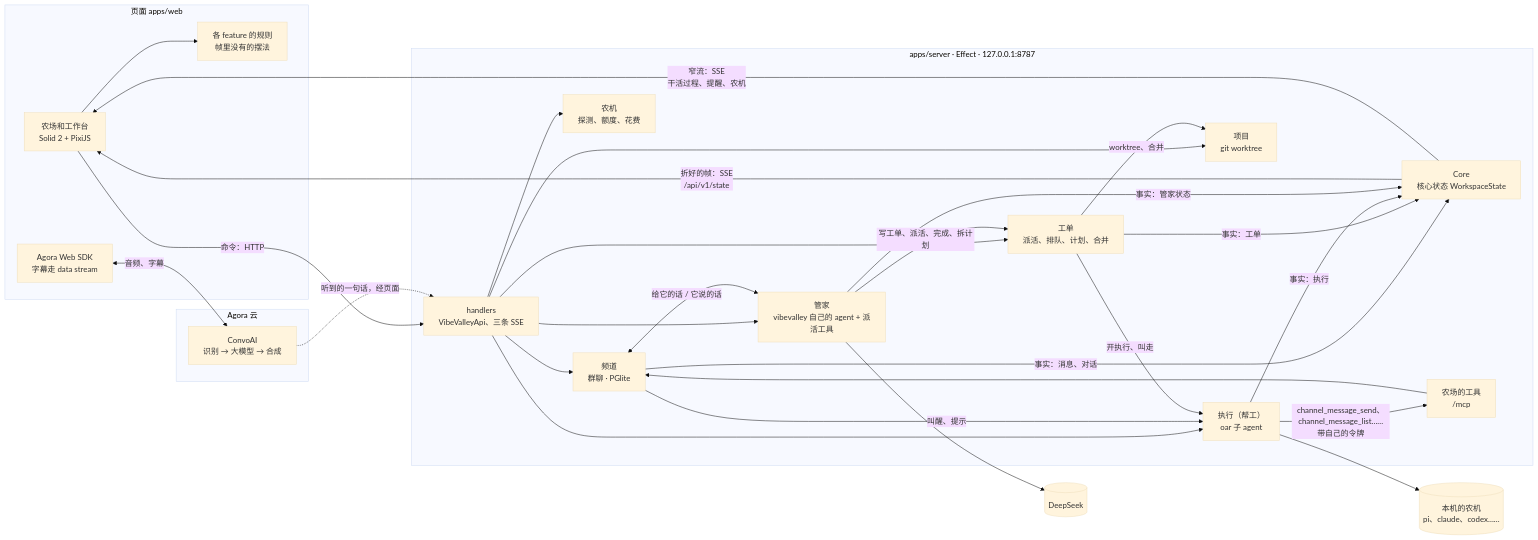
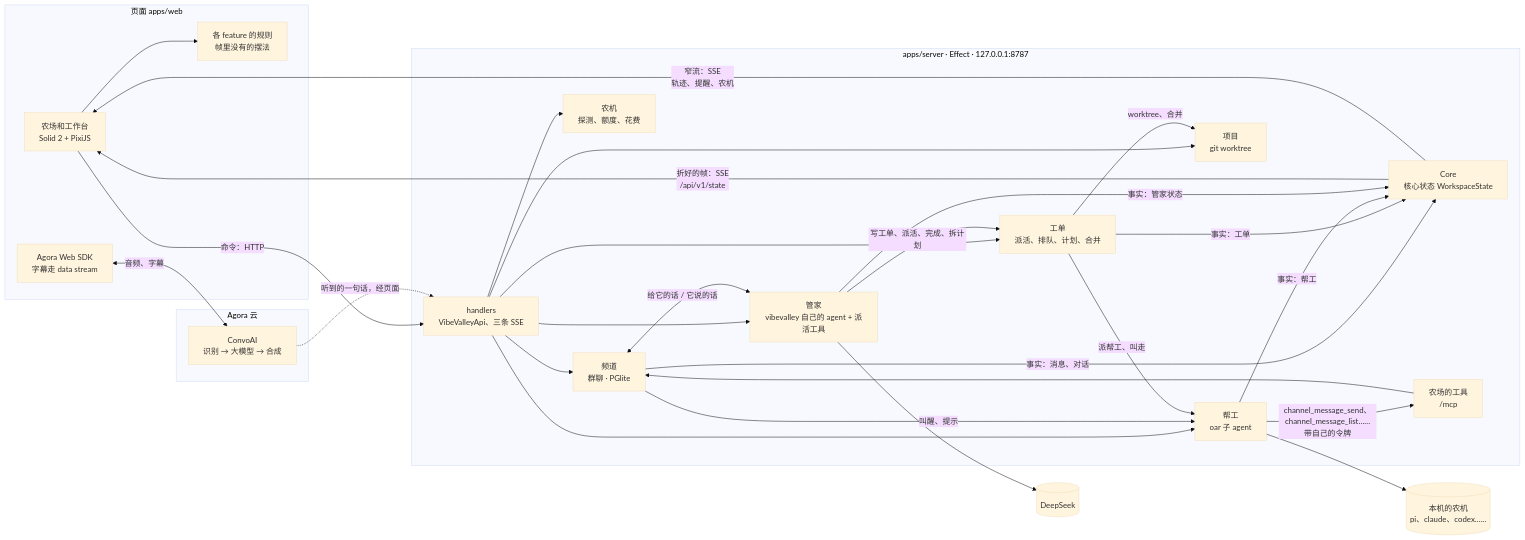
One commit to vibevalleyhq/vibevalley changed the diagram in docs/architecture.md. Above: the diagram before and after it, drawn with Mermaid (base theme). The commit also changed other lines of this file and 331 other files, not shown here.

````diff
--- a/docs/architecture.md
+++ b/docs/architecture.md
@@ -5,48 +5,48 @@
 ```mermaid
 flowchart LR
   subgraph Page[页面 apps/web]
     UI[农场和工作台<br/>Solid 2 + PixiJS]
     RULES[各 feature 的规则<br/>帧里没有的摆法]
     RTC[Agora Web SDK<br/>字幕走 data stream]
   end
 
   subgraph Server[apps/server · Effect · 127.0.0.1:8787]
     API[handlers<br/>VibeValleyApi、三条 SSE]
     SITE[Core<br/>核心状态 WorkspaceState]
     FM[管家<br/>vibevalley 自己的 agent + 派活工具]
     CHAT[频道<br/>群聊 · PGlite]
     MCP[农场的工具<br/>/mcp]
     TK[工单<br/>派活、排队、计划、合并]
-    CREW[执行（帮工）<br/>oar 子 agent]
+    CREW[帮工<br/>oar 子 agent]
     PRJ[项目<br/>git worktree]
     RT[农机<br/>探测、额度、花费]
   end
 
   subgraph Agora[Agora 云]
     CAI[ConvoAI<br/>识别 → 大模型 → 合成]
   end
 
   AGENTS[(本机的农机<br/>pi、claude、codex……)]
   DS[(DeepSeek)]
 
   UI --> RULES
   UI -->|命令：HTTP| API
   SITE -->|折好的帧：SSE<br/>/api/v1/state| UI
-  SITE -->|窄流：SSE<br/>干活过程、提醒、农机| UI
+  SITE -->|窄流：SSE<br/>轨迹、提醒、农机| UI
   API --> CHAT & FM & TK & CREW & PRJ & RT
   CHAT <-->|给它的话 / 它说的话| FM
   CHAT -->|叫醒、提示| CREW
   CREW -->|channel_message_send、channel_message_list……<br/>带自己的令牌| MCP
   MCP --> CHAT
   FM -->|写工单、派活、完成、拆计划| TK
-  TK -->|开执行、叫走| CREW
+  TK -->|派帮工、叫走| CREW
   TK -->|worktree、合并| PRJ
   CREW --> AGENTS
   FM --> DS
   CHAT -->|事实：消息、对话| SITE
   TK -->|事实：工单| SITE
-  CREW -->|事实：执行| SITE
+  CREW -->|事实：帮工| SITE
   FM -->|事实：管家状态| SITE
   RTC <-->|音频、字幕| CAI
   CAI -.->|听到的一句话，经页面| API
 ```
````
